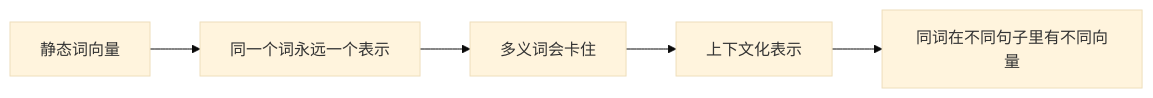
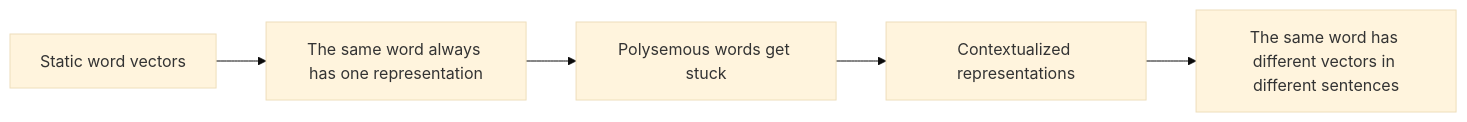
The diagram in docs/ch11-nlp/ch02-embeddings/02-contextual-embedding.md (oudbiao/AI-fullstack-course), drawn with Mermaid (base theme) before and after one commit. The commit also changed other lines of this file and 1406 other files, not shown here.

````diff
--- a/docs/ch11-nlp/ch02-embeddings/02-contextual-embedding.md
+++ b/docs/ch11-nlp/ch02-embeddings/02-contextual-embedding.md
@@ -36,7 +36,7 @@
 ```mermaid
 flowchart LR
-    A["静态词向量"] --> B["同一个词永远一个表示"]
-    B --> C["多义词会卡住"]
-    C --> D["上下文化表示"]
-    D --> E["同词在不同句子里有不同向量"]
+    A["Static word vectors"] --> B["The same word always has one representation"]
+    B --> C["Polysemous words get stuck"]
+    C --> D["Contextualized representations"]
+    D --> E["The same word has different vectors in different sentences"]
 ```
````
